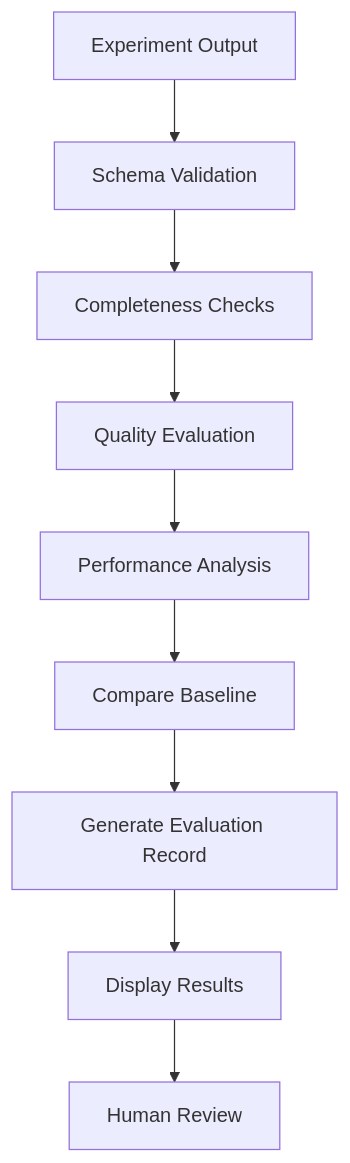
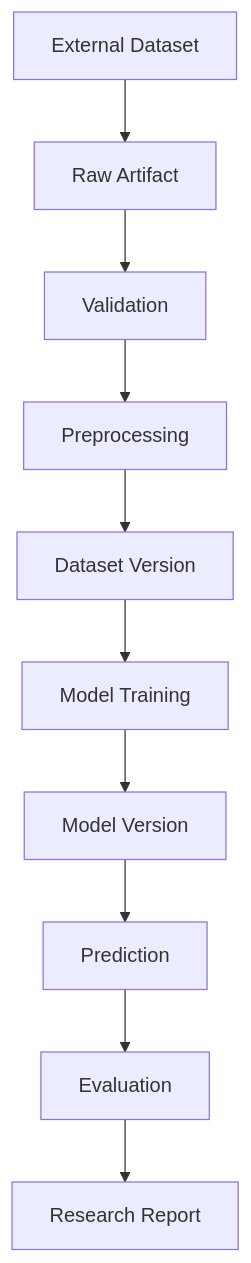
Diagram 11 of 13 in README.md (lucylow/woohoo-wonder-labs), drawn with Mermaid before and after one commit. The commit also changed other lines of this file, not shown here.

````diff
--- a/README.md
+++ b/README.md
@@ -1981,19 +1847,12 @@
 ```mermaid
 flowchart TD
-
-    A["Experiment Output"] --> B["Schema Validation"]
-
-    B --> C["Completeness Checks"]
-
-    C --> D["Quality Evaluation"]
-
-    D --> E["Performance Analysis"]
-
-    E --> F["Compare Baseline"]
-
-    F --> G["Generate Evaluation Record"]
-
-    G --> H["Display Results"]
-
-    H --> I["Human Review"]
+    A[External Dataset] --> B[Raw Artifact]
+    B --> C[Validation]
+    C --> D[Preprocessing]
+    D --> E[Dataset Version]
+    E --> F[Model Training]
+    F --> G[Model Version]
+    G --> H[Prediction]
+    H --> I[Evaluation]
+    I --> J[Research Report]
 ```
````
